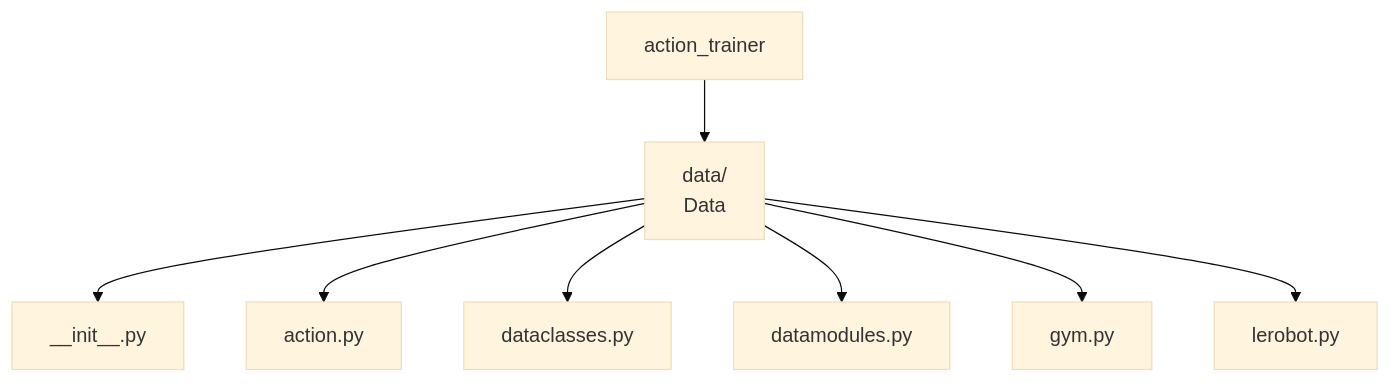
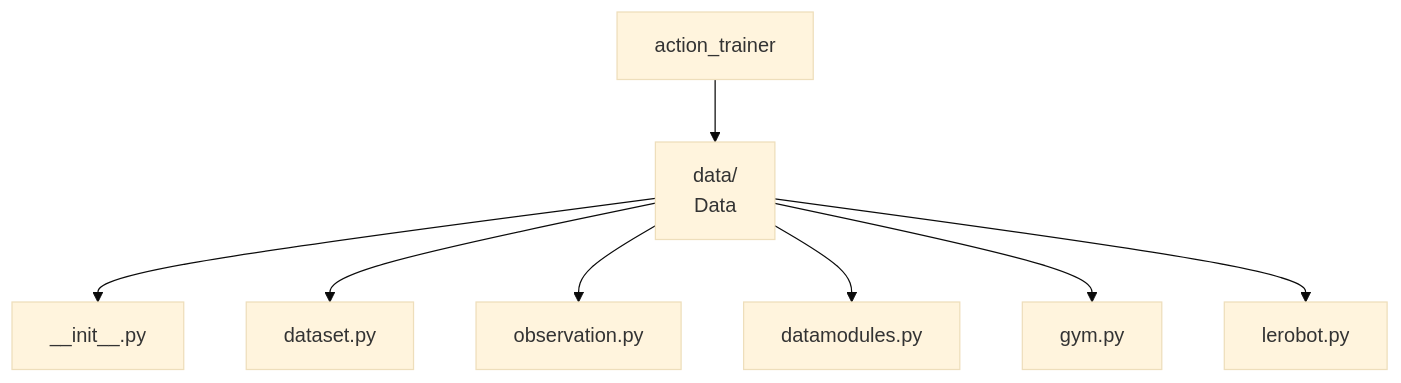
Before and after one commit to open-edge-platform/physical-ai-studio: the diagram in library/docs/design/data/overview.md, drawn with Mermaid (base theme).

Commit message:
Update overview.md to reflect recent file renames for dataset and observation

````diff
--- a/library/docs/design/data/overview.md
+++ b/library/docs/design/data/overview.md
@@ -3,11 +3,11 @@
 ```mermaid
 graph TD
     A["action_trainer"]
     A --> B["data/ <br/> Data"]
     B --> C["__init__.py"]
-    B --> D["action.py"]
-    B --> E["dataclasses.py"]
+    B --> D["dataset.py"]
+    B --> E["observation.py"]
     B --> F["datamodules.py"]
     B --> G["gym.py"]
     B --> H["lerobot.py"]
 ```
````
